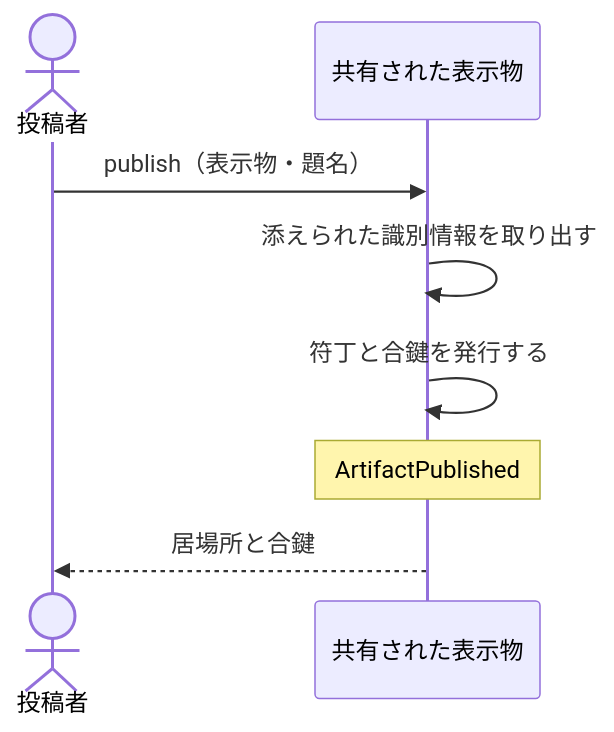
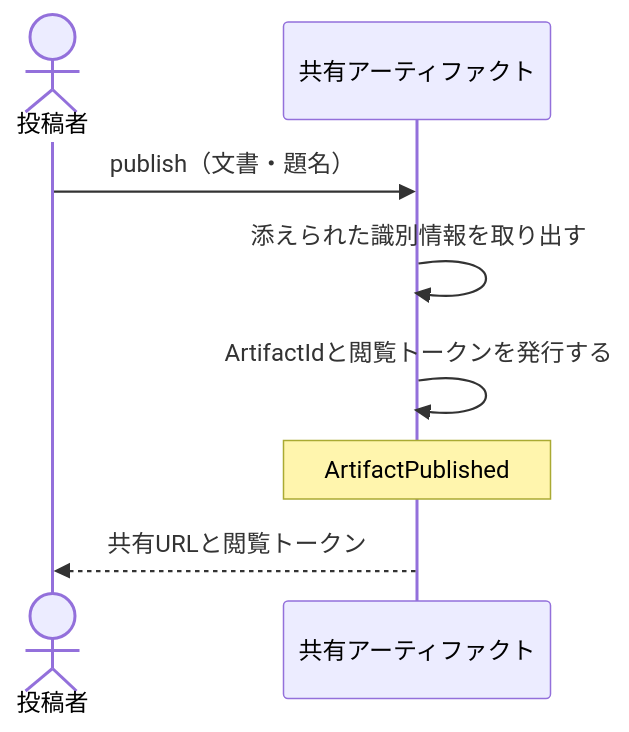
Before and after one commit to daidaiiro-519/waffle: the diagram in .waffle/specs/bc-artifact-share/subdomain/sd-artifact-sharing/usecase/uc-publish-artifact.md, drawn with Mermaid. The commit also changed other lines of this file and 23 other files, not shown here.

````diff
--- a/.waffle/specs/bc-artifact-share/subdomain/sd-artifact-sharing/usecase/uc-publish-artifact.md
+++ b/.waffle/specs/bc-artifact-share/subdomain/sd-artifact-sharing/usecase/uc-publish-artifact.md
@@ -38,9 +38,9 @@
 ```mermaid
 sequenceDiagram
     actor 投稿者
-    投稿者->>共有された表示物: publish（表示物・題名）
-    共有された表示物->>共有された表示物: 添えられた識別情報を取り出す
-    共有された表示物->>共有された表示物: 符丁と合鍵を発行する
-    Note over 共有された表示物: ArtifactPublished
-    共有された表示物-->>投稿者: 居場所と合鍵
+    投稿者->>共有アーティファクト: publish（文書・題名）
+    共有アーティファクト->>共有アーティファクト: 添えられた識別情報を取り出す
+    共有アーティファクト->>共有アーティファクト: ArtifactIdと閲覧トークンを発行する
+    Note over 共有アーティファクト: ArtifactPublished
+    共有アーティファクト-->>投稿者: 共有URLと閲覧トークン
 ```
````
